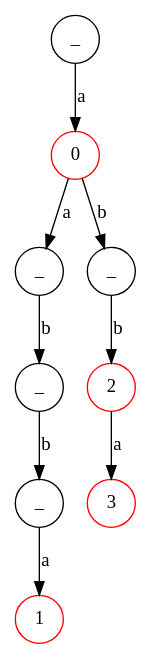
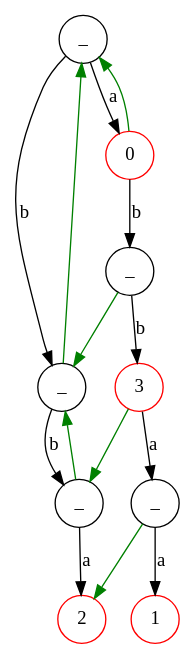
One commit to 1mchlkrpch/algo changed the diagram in graph.dot. Above: the diagram before and after it, drawn with Graphviz. The commit also changed 5 other files, not shown here.

```diff
--- a/graph.dot
+++ b/graph.dot
@@ -1,19 +1,25 @@
 digraph G{
-	94383135231680[shape=circle label=_]
-	94383135232048[shape=circle color=red label=0]
-	94383135231680->94383135232048 [label=a]
-	94383135232416[shape=circle label=_]
-	94383135232048->94383135232416 [label=a]
-	94383135233744[shape=circle label=_]
-	94383135232048->94383135233744 [label=b]
-	94383135232720[shape=circle label=_]
-	94383135232416->94383135232720 [label=b]
-	94383135234048[shape=circle color=red label=2]
-	94383135233744->94383135234048 [label=b]
-	94383135233024[shape=circle label=_]
-	94383135232720->94383135233024 [label=b]
-	94383135234384[shape=circle color=red label=3]
-	94383135234048->94383135234384 [label=a]
-	94383135233360[shape=circle color=red label=1]
-	94383135233024->94383135233360 [label=a]
+	94018672672448[shape=circle label=_]
+	94018672673008[shape=circle color=red label=0]
+	94018672672448->94018672673008 [label=a]
+	94018672675808[shape=circle label=_]
+	94018672672448->94018672675808 [label=b]
+	94018672673568[shape=circle label=_]
+	94018672673008->94018672673568 [label=b]
+	94018672673008->94018672672448 [color=green]
+	94018672676368[shape=circle label=_]
+	94018672675808->94018672676368 [label=b]
+	94018672675808->94018672672448 [color=green]
+	94018672674128[shape=circle color=red label=3]
+	94018672673568->94018672674128 [label=b]
+	94018672673568->94018672675808 [color=green]
+	94018672676928[shape=circle color=red label=2]
+	94018672676368->94018672676928 [label=a]
+	94018672676368->94018672675808 [color=green]
+	94018672674688[shape=circle label=_]
+	94018672674128->94018672674688 [label=a]
+	94018672674128->94018672676368 [color=green]
+	94018672675248[shape=circle color=red label=1]
+	94018672674688->94018672675248 [label=a]
+	94018672674688->94018672676928 [color=green]
 }
```
